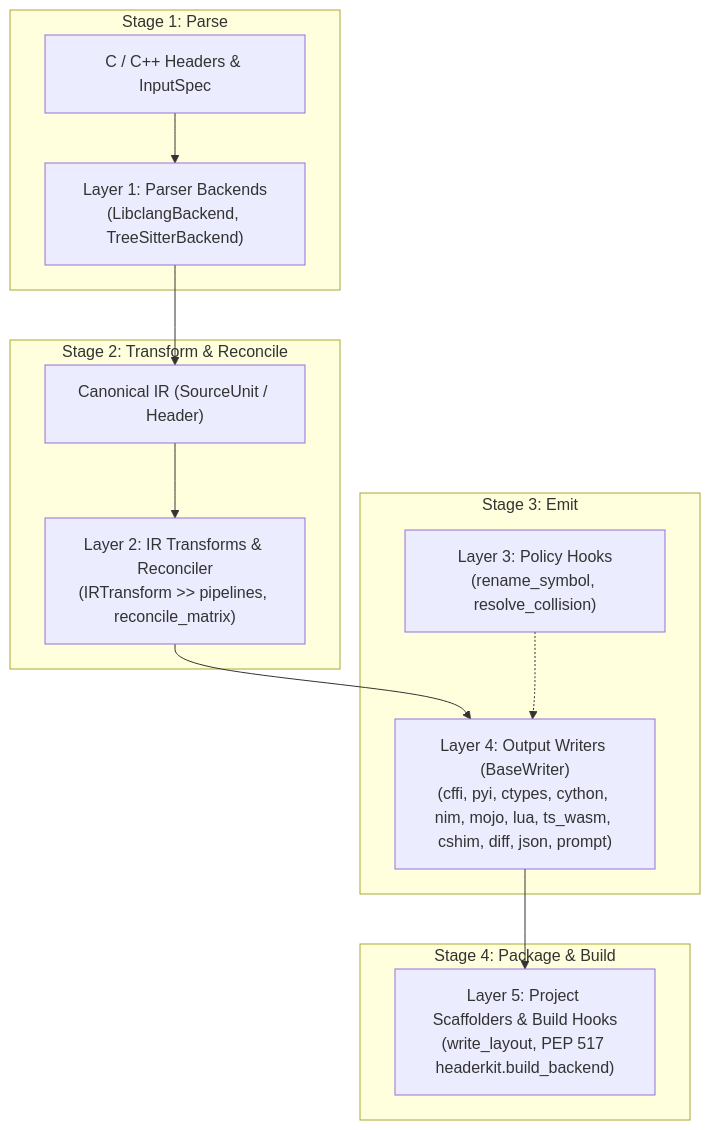
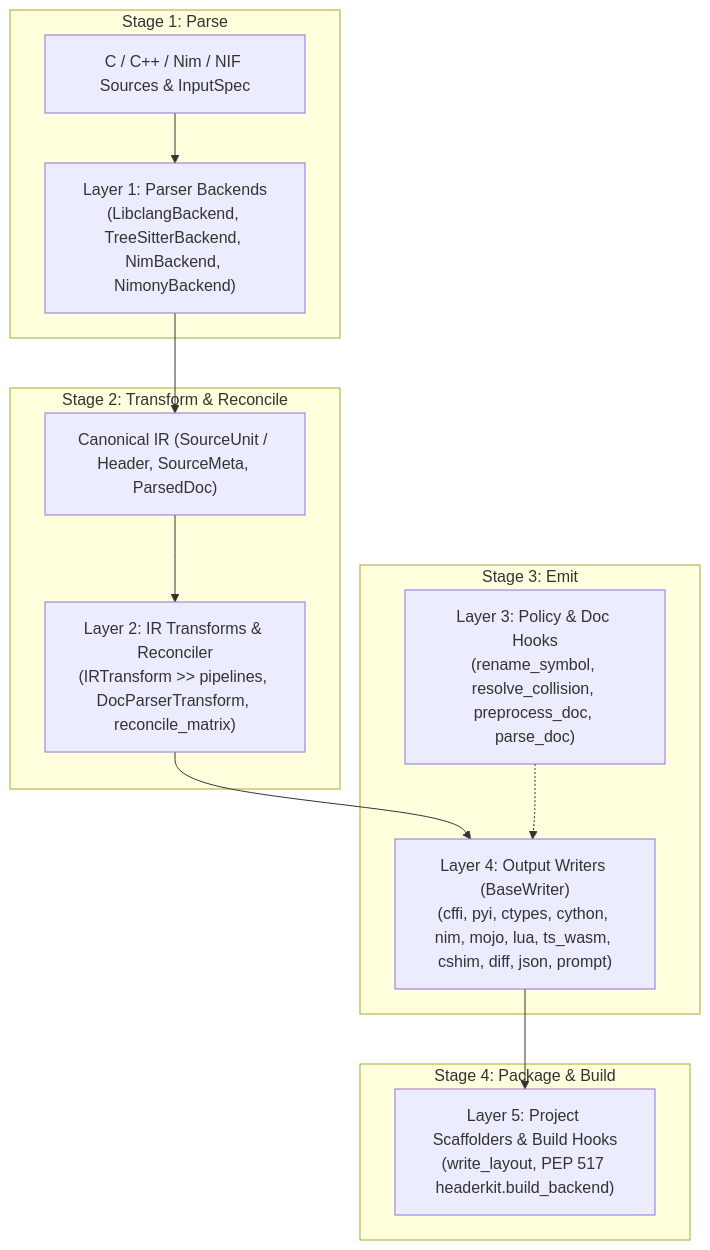
One commit to axiomantic/headerkit changed the diagram in docs/index.md. Above: the diagram before and after it, drawn with Mermaid. The commit also changed other lines of this file and 11 other files, not shown here.

````diff
--- a/docs/index.md
+++ b/docs/index.md
@@ -42,17 +42,17 @@
 ```mermaid
 flowchart TD
     subgraph Stage1["Stage 1: Parse"]
-        Src["C / C++ Headers & InputSpec"] --> Backend["Layer 1: Parser Backends<br/>(LibclangBackend, TreeSitterBackend)"]
+        Src["C / C++ / Nim / NIF Sources & InputSpec"] --> Backend["Layer 1: Parser Backends<br/>(LibclangBackend, TreeSitterBackend, NimBackend, NimonyBackend)"]
     end
     subgraph Stage2["Stage 2: Transform & Reconcile"]
-        Backend --> IR["Canonical IR (SourceUnit / Header)"]
-        IR --> Transforms["Layer 2: IR Transforms & Reconciler<br/>(IRTransform >> pipelines, reconcile_matrix)"]
+        Backend --> IR["Canonical IR (SourceUnit / Header, SourceMeta, ParsedDoc)"]
+        IR --> Transforms["Layer 2: IR Transforms & Reconciler<br/>(IRTransform >> pipelines, DocParserTransform, reconcile_matrix)"]
     end
     subgraph Stage3["Stage 3: Emit"]
         Transforms --> Writers["Layer 4: Output Writers (BaseWriter)<br/>(cffi, pyi, ctypes, cython, nim, mojo, lua, ts_wasm, cshim, diff, json, prompt)"]
-        PolicyHooks["Layer 3: Policy Hooks<br/>(rename_symbol, resolve_collision)"] -.-> Writers
+        PolicyHooks["Layer 3: Policy & Doc Hooks<br/>(rename_symbol, resolve_collision, preprocess_doc, parse_doc)"] -.-> Writers
     end
     subgraph Stage4["Stage 4: Package & Build"]
         Writers --> Scaffold["Layer 5: Project Scaffolders & Build Hooks<br/>(write_layout, PEP 517 headerkit.build_backend)"]
     end
 ```
````
